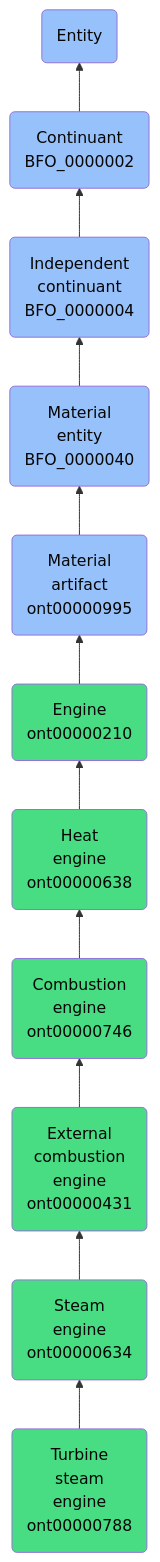
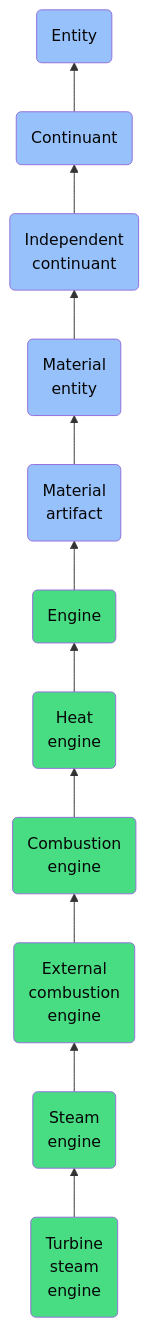
Before and after one commit to jupyter-naas/abi: the diagram in docs/ontology/reference/model/Entity/Continuant/Independent continuant/Material entity/Material artifact/Engine/Heat engine/Combustion engine/External combustion engine/Steam engine/Turbine steam engine/Turbine steam engine.md, drawn with Mermaid. The commit also changed other lines of this file and 1430 other files, not shown here.

````diff
--- a/docs/ontology/reference/model/Entity/Continuant/Independent continuant/Material entity/Material artifact/Engine/Heat engine/Combustion engine/External combustion engine/Steam engine/Turbine steam engine/Turbine steam engine.md
+++ b/docs/ontology/reference/model/Entity/Continuant/Independent continuant/Material entity/Material artifact/Engine/Heat engine/Combustion engine/External combustion engine/Steam engine/Turbine steam engine/Turbine steam engine.md
@@ -24,18 +24,18 @@
 ```mermaid
 graph BT
-    ont00000788(Turbine<br>steam<br>engine<br>ont00000788):::ABI-->ont00000634
-    ont00000634(Steam<br>engine<br>ont00000634):::ABI-->ont00000431
-    ont00000431(External<br>combustion<br>engine<br>ont00000431):::ABI-->ont00000746
-    ont00000746(Combustion<br>engine<br>ont00000746):::ABI-->ont00000638
-    ont00000638(Heat<br>engine<br>ont00000638):::ABI-->ont00000210
-    ont00000210(Engine<br>ont00000210):::ABI-->ont00000995
-    ont00000995(Material<br>artifact<br>ont00000995):::BFO-->BFO_0000040
-    BFO_0000040(Material<br>entity<br>BFO_0000040):::BFO-->BFO_0000004
-    BFO_0000004(Independent<br>continuant<br>BFO_0000004):::BFO-->BFO_0000002
-    BFO_0000002(Continuant<br>BFO_0000002):::BFO-->BFO_0000001
+    ont00000788(Turbine<br>steam<br>engine):::ABI-->ont00000634
+    ont00000634(Steam<br>engine):::ABI-->ont00000431
+    ont00000431(External<br>combustion<br>engine):::ABI-->ont00000746
+    ont00000746(Combustion<br>engine):::ABI-->ont00000638
+    ont00000638(Heat<br>engine):::ABI-->ont00000210
+    ont00000210(Engine):::ABI-->ont00000995
+    ont00000995(Material<br>artifact):::BFO-->BFO_0000040
+    BFO_0000040(Material<br>entity):::BFO-->BFO_0000004
+    BFO_0000004(Independent<br>continuant):::BFO-->BFO_0000002
+    BFO_0000002(Continuant):::BFO-->BFO_0000001
     BFO_0000001(Entity):::BFO
     
     classDef BFO fill:#97c1fb,color:#060606
     classDef CCO fill:#e4c51e,color:#060606
     classDef ABI fill:#48DD82,color:#060606
 ```
````
